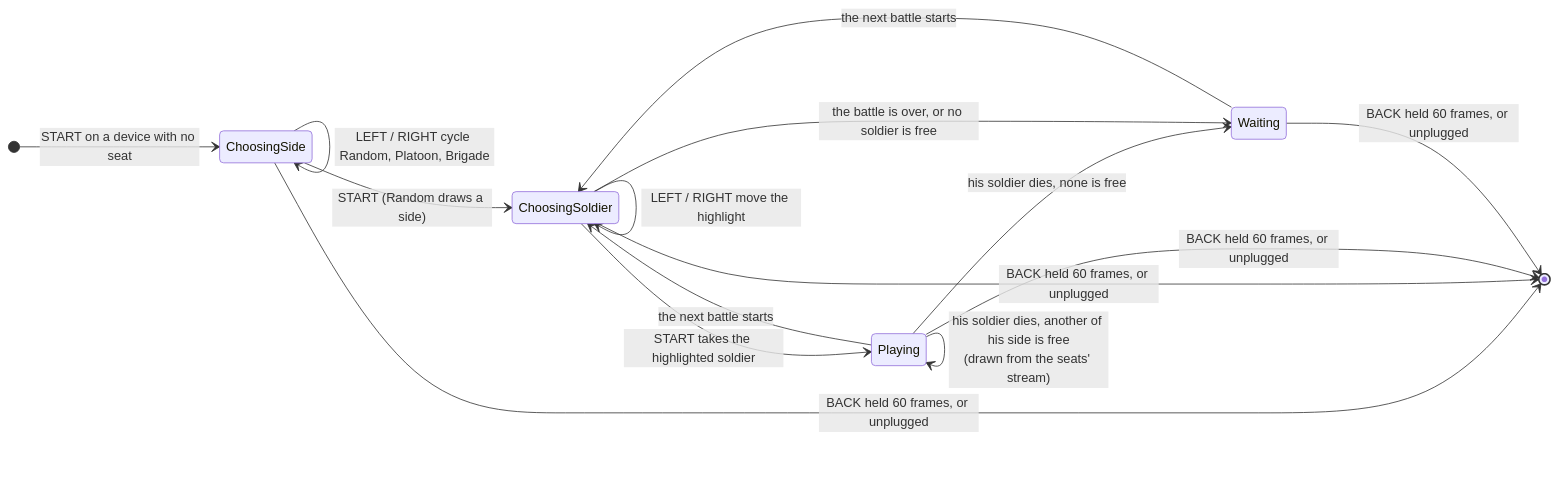
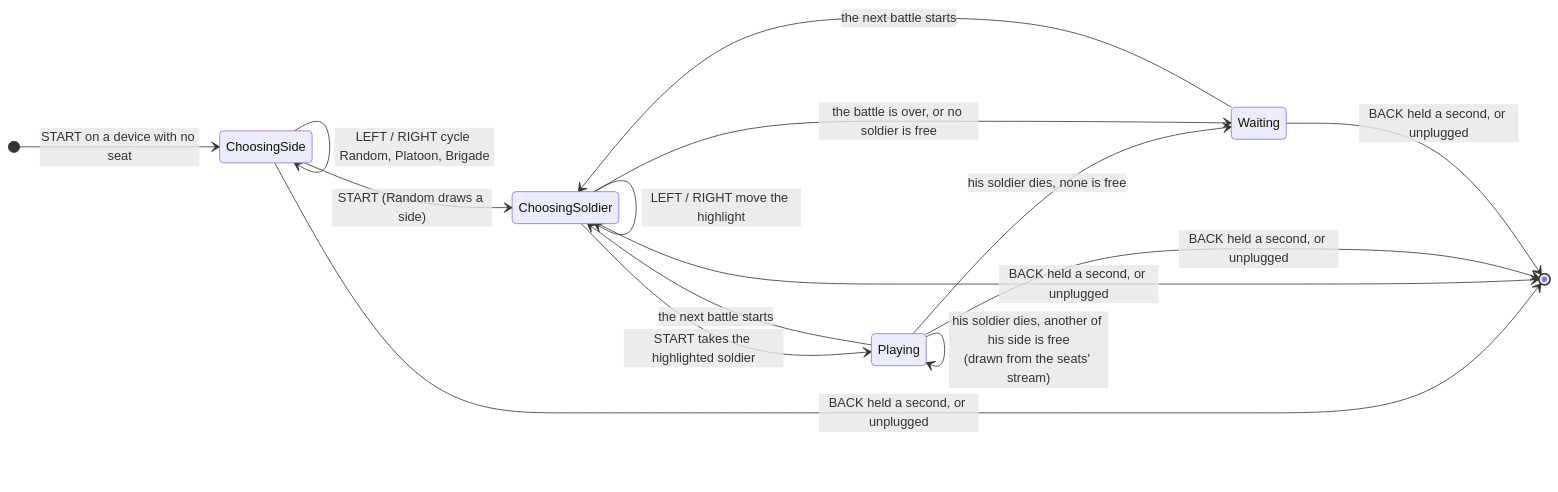
Before and after one commit to terrysimons/glitchygames: the diagram in docs/games/drawing_fire.md, drawn with Mermaid. The commit also changed other lines of this file and 18 other files, not shown here.

````diff
--- a/docs/games/drawing_fire.md
+++ b/docs/games/drawing_fire.md
@@ -194,18 +203,18 @@
 ```mermaid
 stateDiagram-v2
     direction LR
     [*] --> ChoosingSide : START on a device with no seat
     ChoosingSide --> ChoosingSide : LEFT / RIGHT cycle Random, Platoon, Brigade
     ChoosingSide --> ChoosingSoldier : START (Random draws a side)
     ChoosingSoldier --> ChoosingSoldier : LEFT / RIGHT move the highlight
     ChoosingSoldier --> Playing : START takes the highlighted soldier
     Playing --> Playing : his soldier dies, another of his side is free<br/>(drawn from the seats' stream)
     Playing --> Waiting : his soldier dies, none is free
     ChoosingSoldier --> Waiting : the battle is over, or no soldier is free
     Waiting --> ChoosingSoldier : the next battle starts
     Playing --> ChoosingSoldier : the next battle starts
-    ChoosingSide --> [*] : BACK held 60 frames, or unplugged
-    ChoosingSoldier --> [*] : BACK held 60 frames, or unplugged
-    Playing --> [*] : BACK held 60 frames, or unplugged
-    Waiting --> [*] : BACK held 60 frames, or unplugged
+    ChoosingSide --> [*] : BACK held a second, or unplugged
+    ChoosingSoldier --> [*] : BACK held a second, or unplugged
+    Playing --> [*] : BACK held a second, or unplugged
+    Waiting --> [*] : BACK held a second, or unplugged
 ```
````
